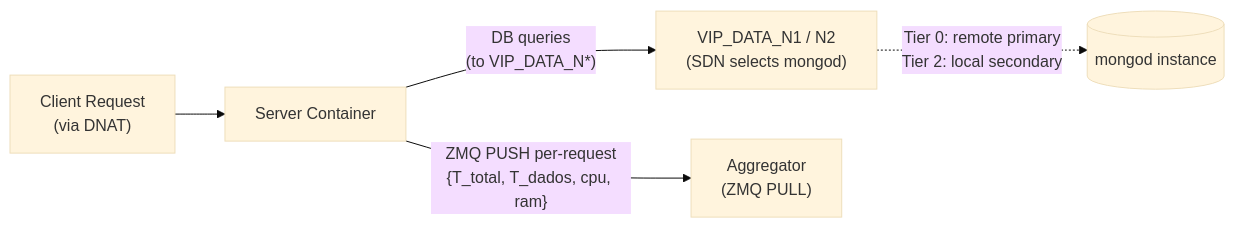
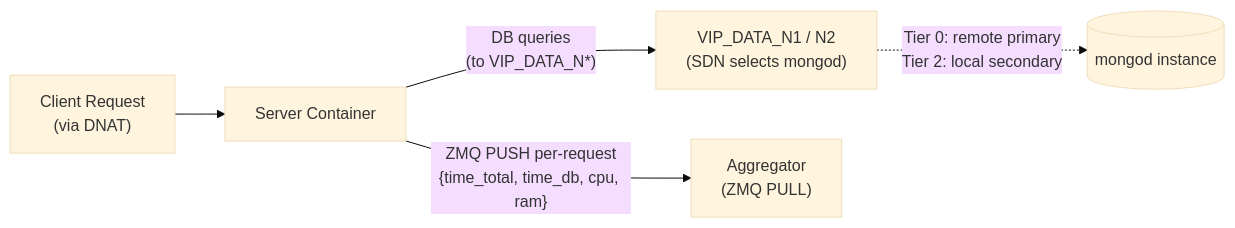
Before and after one commit to poioe20p/efficient-storage-in-edge-scenarios: the sixth of 7 diagrams in docs/operation/system_mechanisms.md, drawn with Mermaid (base theme). The commit also changed other lines of this file and 94 other files, not shown here.

````diff
--- a/docs/operation/system_mechanisms.md
+++ b/docs/operation/system_mechanisms.md
@@ -724,7 +610,7 @@
 ```mermaid
 graph LR
     Client["Client Request<br/>(via DNAT)"] --> Server["Server Container"]
     Server -->|"DB queries<br/>(to VIP_DATA_N*)"| VIPd["VIP_DATA_N1 / N2<br/>(SDN selects mongod)"]
     VIPd -.->|"Tier 0: remote primary<br/>Tier 2: local secondary"| Mongo[("mongod instance")]
-    Server -->|"ZMQ PUSH per-request<br/>{T_total, T_dados, cpu, ram}"| Agg["Aggregator<br/>(ZMQ PULL)"]
+    Server -->|"ZMQ PUSH per-request<br/>{time_total, time_db, cpu, ram}"| Agg["Aggregator<br/>(ZMQ PULL)"]
 ```
````
